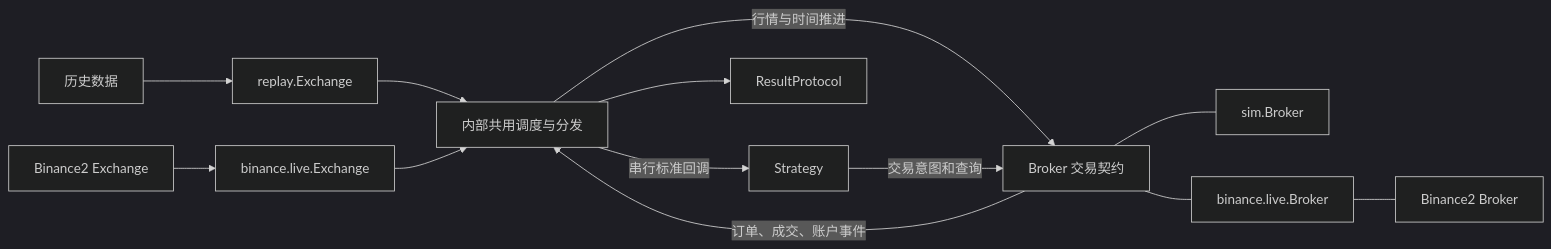
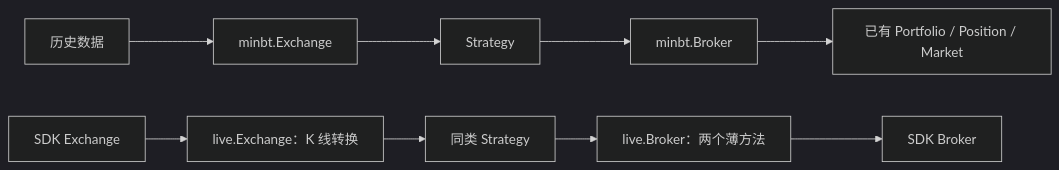
The diagram in docs/design/live-trading-20261023-design.md (gseismic/minbt), drawn with Mermaid (dark theme) before and after one commit. The commit also changed other lines of this file and 33 other files, not shown here.

````diff
--- a/docs/design/live-trading-20261023-design.md
+++ b/docs/design/live-trading-20261023-design.md
@@ -329,15 +164,11 @@
 ```mermaid
 flowchart LR
-    Historical[历史数据] --> Replay[replay.Exchange]
-    SDKMarket[Binance2 Exchange] --> Live[binance.live.Exchange]
-    Replay --> Dispatch[内部共用调度与分发]
-    Live --> Dispatch
-    Dispatch -->|行情与时间推进| Broker[Broker 交易契约]
-    Broker -->|订单、成交、账户事件| Dispatch
-    Dispatch -->|串行标准回调| Strategy[Strategy]
-    Strategy -->|交易意图和查询| Broker
-    Broker --- Sim[sim.Broker]
-    Broker --- Real[binance.live.Broker]
-    Real --- SDKBroker[Binance2 Broker]
-    Dispatch --> Result[ResultProtocol]
+    H[历史数据] --> R[minbt.Exchange]
+    R --> S[Strategy]
+    S --> B[minbt.Broker]
+    B --> P[已有 Portfolio / Position / Market]
+    M[SDK Exchange] --> L[live.Exchange：K 线转换]
+    L --> T[同类 Strategy]
+    T --> A[live.Broker：两个薄方法]
+    A --> E[SDK Broker]
 ```
````
